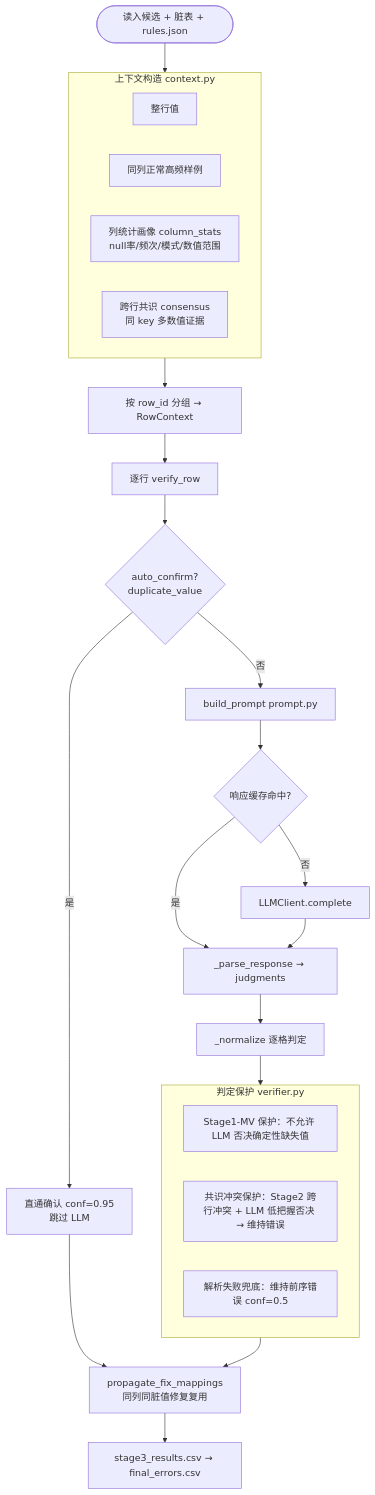
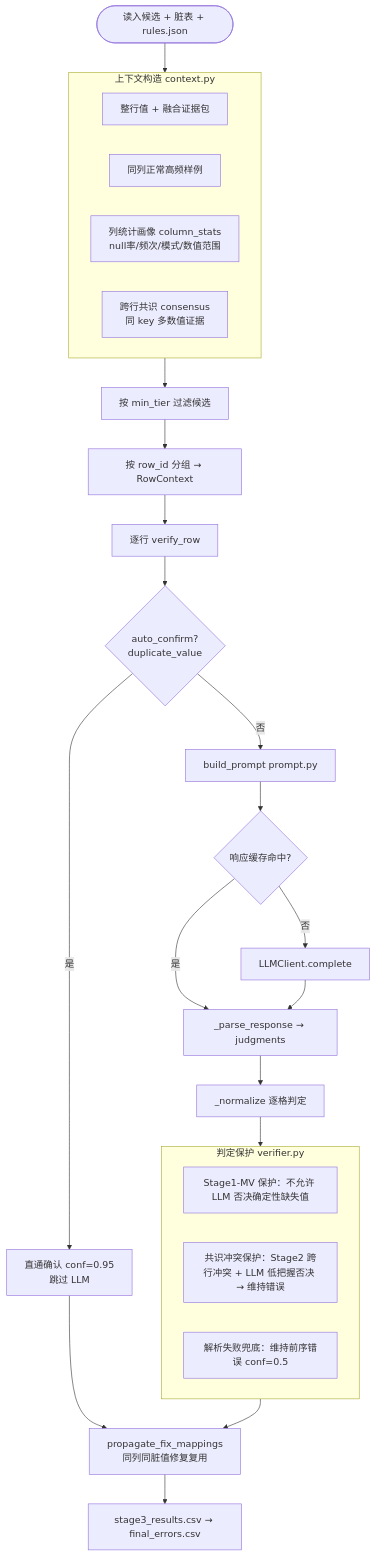
One commit to 1993371829/error_detect changed the fifth of 5 diagrams in PIPELINE.md. Above: the diagram before and after it, drawn with Mermaid. The commit also changed other lines of this file, not shown here.

````diff
--- a/PIPELINE.md
+++ b/PIPELINE.md
@@ -423,36 +407,37 @@
 ```mermaid
 flowchart TD
     START(["读入候选 + 脏表 + rules.json"]) --> LOAD
 
     subgraph LOAD["上下文构造 context.py"]
-        L1["整行值"]
+        L1["整行值 + 融合证据包"]
         L2["同列正常高频样例"]
         L3["列统计画像 column_stats<br/>null率/频次/模式/数值范围"]
         L4["跨行共识 consensus<br/>同 key 多数值证据"]
     end
 
-    LOAD --> GROUP["按 row_id 分组 → RowContext"]
+    LOAD --> FILTER["按 min_tier 过滤候选"]
+    FILTER --> GROUP["按 row_id 分组 → RowContext"]
     GROUP --> ROW_LOOP["逐行 verify_row"]
 
     ROW_LOOP --> AUTO{"auto_confirm?<br/>duplicate_value"}
     AUTO -->|是| ACONF["直通确认 conf=0.95<br/>跳过 LLM"]
     AUTO -->|否| PROMPT["build_prompt prompt.py"]
 
     PROMPT --> CACHE{"响应缓存命中?"}
     CACHE -->|否| LLM["LLMClient.complete"]
     CACHE -->|是| PARSE
     LLM --> PARSE["_parse_response → judgments"]
 
     PARSE --> NORM["_normalize 逐格判定"]
-    NORM --> PROT["保护机制"]
+    NORM --> PROT["判定保护"]
     ACONF --> PROP
 
     subgraph PROT["判定保护 verifier.py"]
         MV["Stage1-MV 保护：不允许 LLM 否决确定性缺失值"]
         CON["共识冲突保护：Stage2 跨行冲突 + LLM 低把握否决 → 维持错误"]
         FB["解析失败兜底：维持前序错误 conf=0.5"]
     end
 
     PROT --> PROP["propagate_fix_mappings<br/>同列同脏值修复复用"]
     PROP --> OUT["stage3_results.csv → final_errors.csv"]
 ```
````
